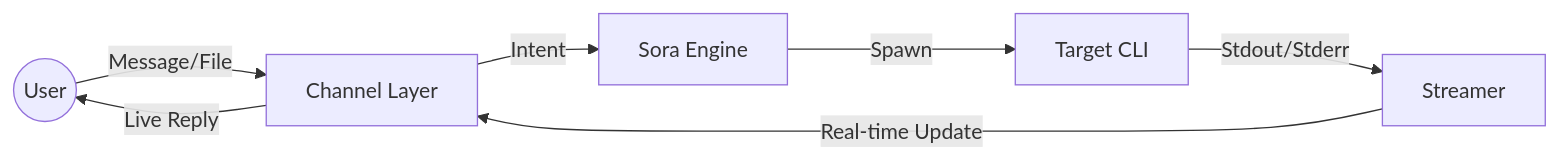
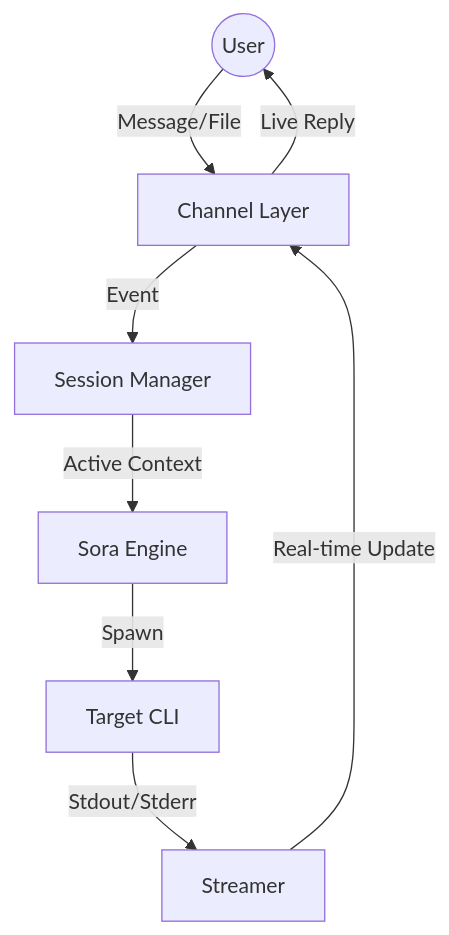
The diagram in docs/ARCHITECTURE.md (kagi-labs/minato), drawn with Mermaid before and after one commit. The commit also changed other lines of this file and 1 other file, not shown here.

Commit message:
Update architecture: Add Multi-Session Management and Vault folder structure

````diff
--- a/docs/ARCHITECTURE.md
+++ b/docs/ARCHITECTURE.md
@@ -4,9 +4,10 @@
 ```mermaid
-graph LR
+graph TD
     User((User)) -->|Message/File| Channel[Channel Layer]
-    Channel -->|Intent| Engine[Sora Engine]
+    Channel -->|Event| SessionMgr[Session Manager]
+    SessionMgr -->|Active Context| Engine[Sora Engine]
     Engine -->|Spawn| CLI[Target CLI]
     CLI -->|Stdout/Stderr| Streamer[Streamer]
     Streamer -->|Real-time Update| Channel
     Channel -->|Live Reply| User
 ```
````
